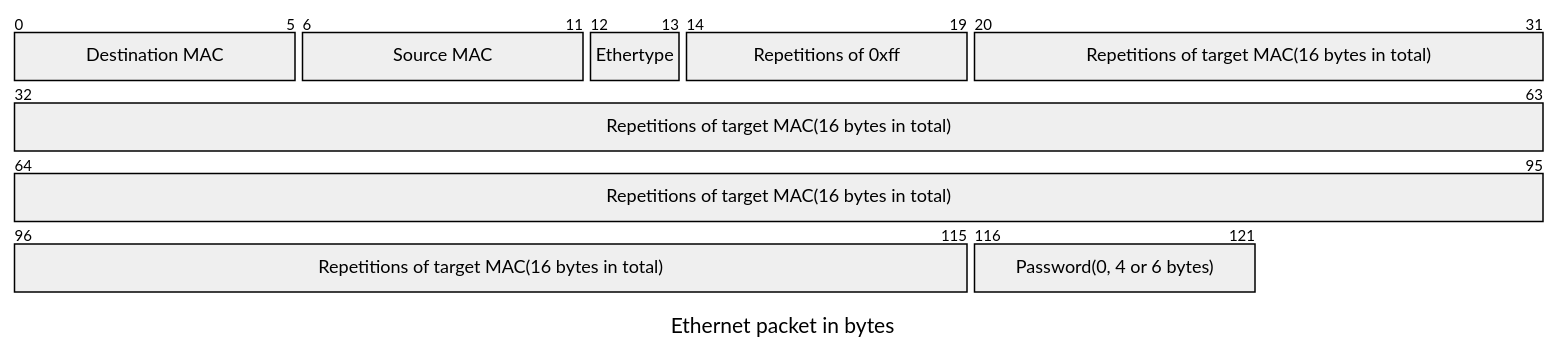
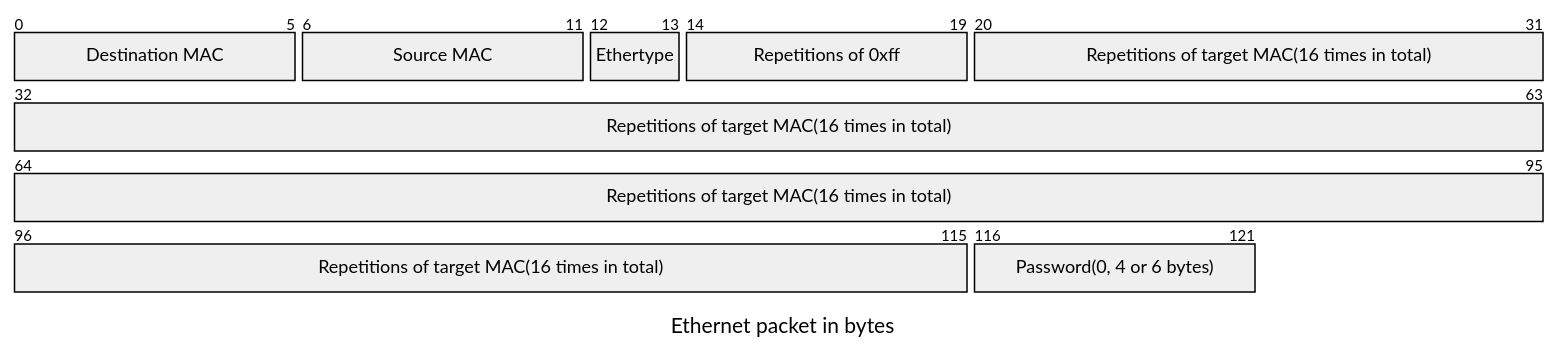
The first of 2 diagrams in doc/wol/Wake-on-LAN-HLD.md (sonic-net/SONiC), drawn with Mermaid (neutral theme) before and after one commit. The commit also changed other lines of this file, not shown here.

````diff
--- a/doc/wol/Wake-on-LAN-HLD.md
+++ b/doc/wol/Wake-on-LAN-HLD.md
@@ -77,12 +77,12 @@
 ```mermaid
 ---
 title: Ethernet packet in bytes
 ---
 packet-beta
 0-5: "Destination MAC"
 6-11: "Source MAC"
 12-13: "Ethertype"
 14-19: "Repetitions of 0xff"
-20-115: "Repetitions of target MAC(16 bytes in total)"
+20-115: "Repetitions of target MAC(16 times in total)"
 116-121: "Password(0, 4 or 6 bytes)"
 ```
````
